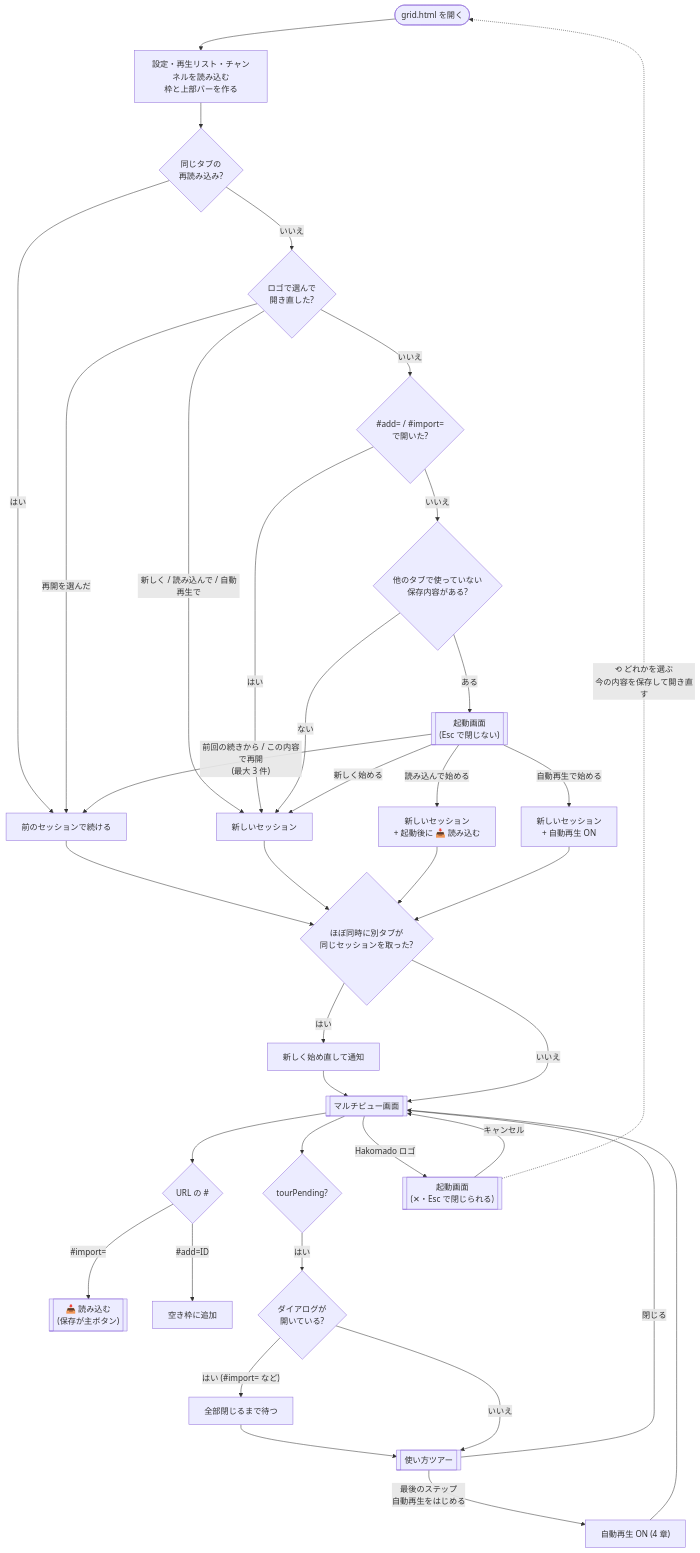
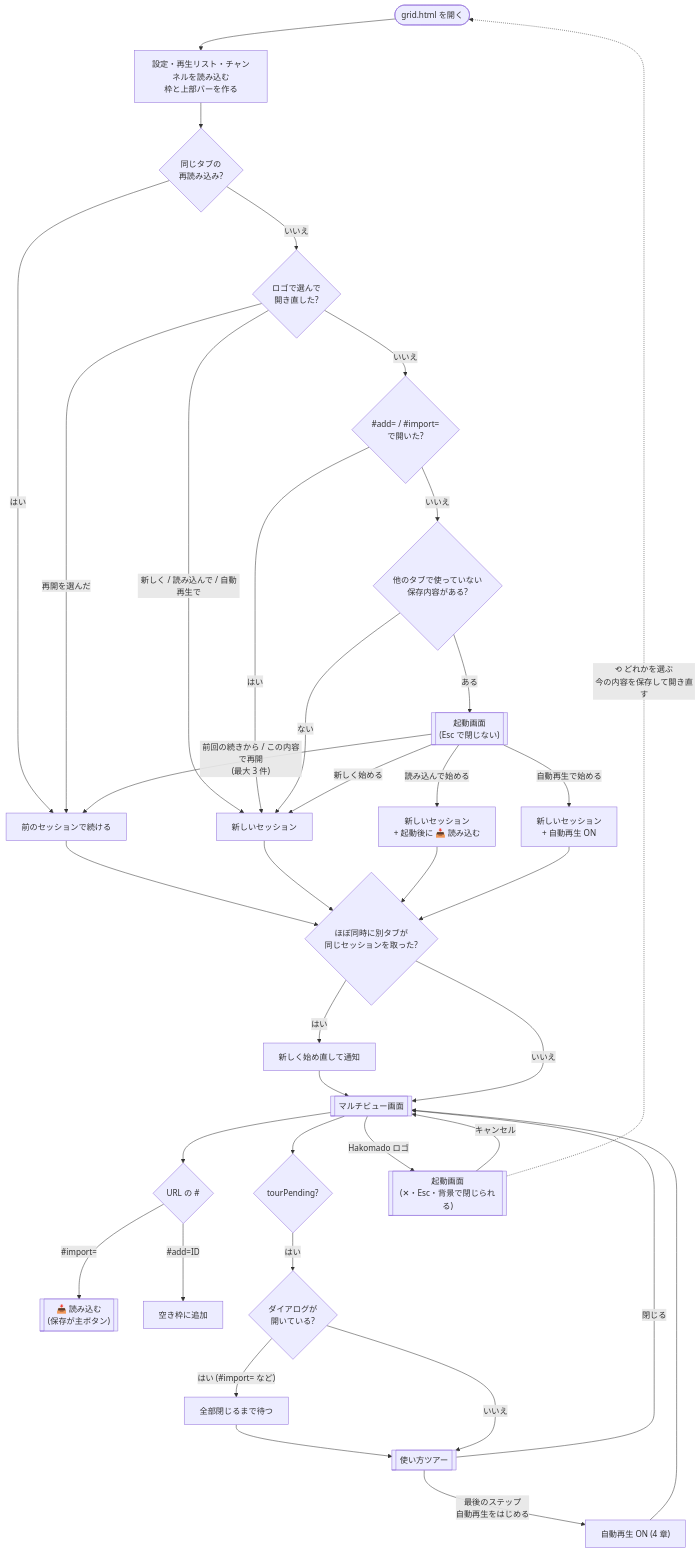
Before and after one commit to contee213/hakomado: the second of 5 diagrams in docs/screen-flow.md, drawn with Mermaid. The commit also changed other lines of this file and 16 other files, not shown here.

````diff
--- a/docs/screen-flow.md
+++ b/docs/screen-flow.md
@@ -41,33 +41,33 @@
 ```mermaid
 flowchart TD
   S(["grid.html を開く"]) --> M["設定・再生リスト・チャンネルを読み込む<br>枠と上部バーを作る"]
   M --> R1{"同じタブの<br>再読み込み?"}
   R1 -- "はい" --> RES["前のセッションで続ける"]
   R1 -- "いいえ" --> R2{"ロゴで選んで<br>開き直した?"}
   R2 -- "再開を選んだ" --> RES
   R2 -- "新しく / 読み込んで / 自動再生で" --> NEW["新しいセッション"]
   R2 -- "いいえ" --> RH{"#add= / #import=<br>で開いた?"}
   RH -- "はい" --> NEW
   RH -- "いいえ" --> R3{"他のタブで使っていない<br>保存内容がある?"}
   R3 -- "ない" --> NEW
   R3 -- "ある" --> SD[["起動画面<br>(Esc で閉じない)"]]
   SD -- "前回の続きから / この内容で再開<br>(最大 3 件)" --> RES
   SD -- "新しく始める" --> NEW
   SD -- "読み込んで始める" --> NEWR["新しいセッション<br>+ 起動後に 📥 読み込む"]
   SD -- "自動再生で始める" --> NEWA["新しいセッション<br>+ 自動再生 ON"]
   RES & NEW & NEWR & NEWA --> CL{"ほぼ同時に別タブが<br>同じセッションを取った?"}
   CL -- "はい" --> NEW2["新しく始め直して通知"] --> MAIN
   CL -- "いいえ" --> MAIN[["マルチビュー画面"]]
   MAIN --> H{"URL の #"}
   H -- "#import=" --> RD[["📥 読み込む<br>(保存が主ボタン)"]]
   H -- "#add=ID" --> ADD["空き枠に追加"]
   MAIN --> T{"tourPending?"}
   T -- "はい" --> TW{"ダイアログが<br>開いている?"}
   TW -- "はい (#import= など)" --> TW2["全部閉じるまで待つ"] --> TOUR
   TW -- "いいえ" --> TOUR[["使い方ツアー"]]
   TOUR -- "閉じる" --> MAIN
   TOUR -- "最後のステップ<br>自動再生をはじめる" --> AON["自動再生 ON (4 章)"] --> MAIN
-  MAIN -- "Hakomado ロゴ" --> LG[["起動画面<br>(✕・Esc で閉じられる)"]]
+  MAIN -- "Hakomado ロゴ" --> LG[["起動画面<br>(✕・Esc・背景で閉じられる)"]]
   LG -- "キャンセル" --> MAIN
   LG -. "⟲ どれかを選ぶ<br>今の内容を保存して開き直す" .-> S
 ```
````
